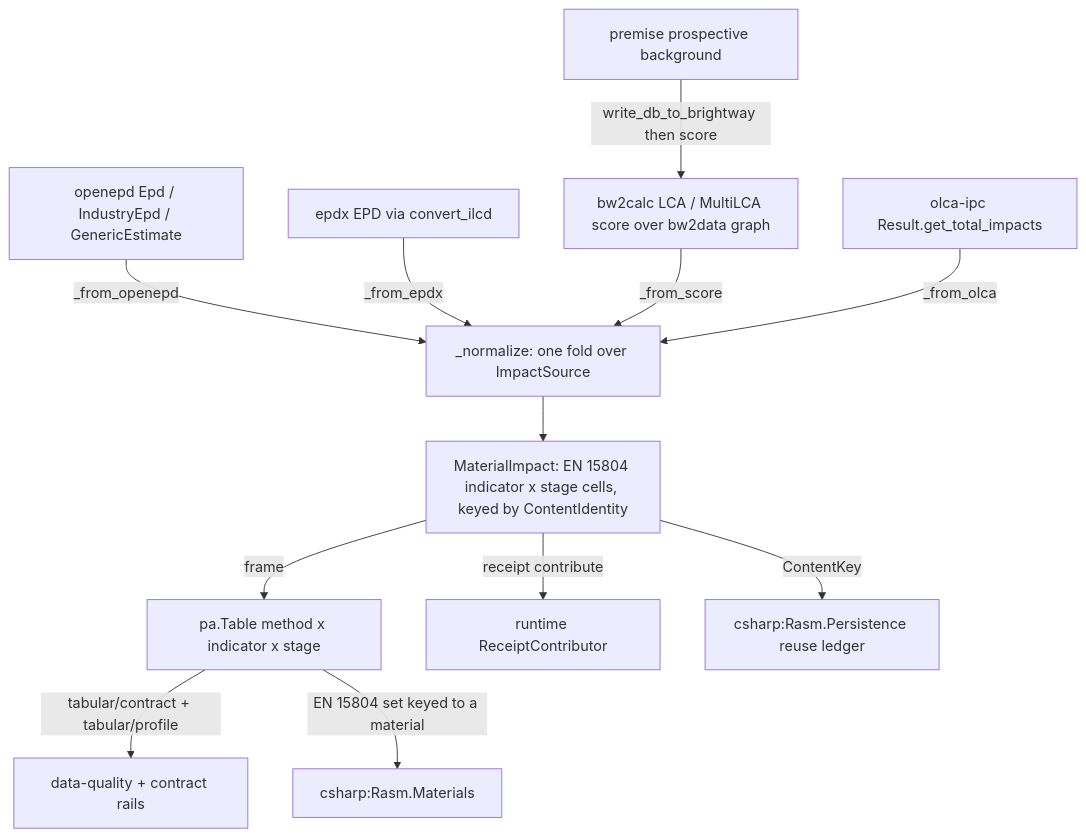
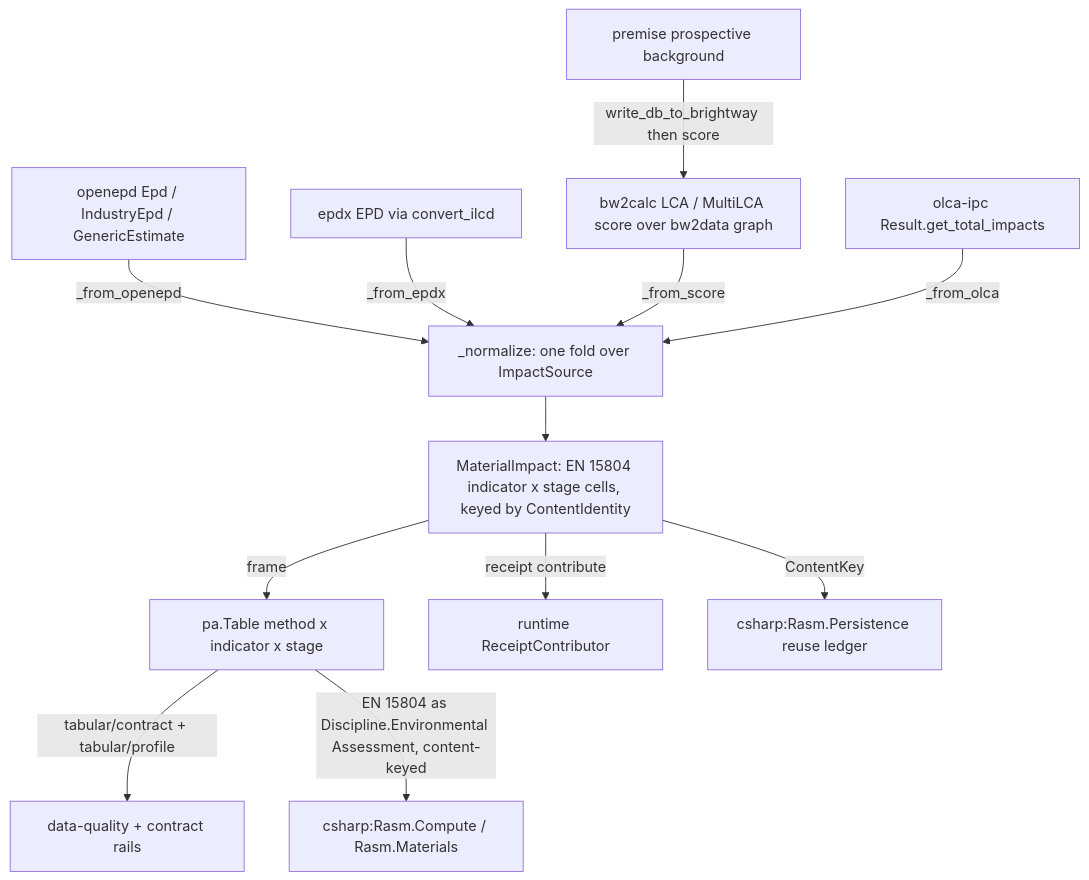
One commit to bsamiee/Rasm changed the diagram in libs/python/data/.planning/impact/impact.md. Above: the diagram before and after it, drawn with Mermaid. The commit also changed other lines of this file and 145 other files, not shown here.

First line of the commit message:
element-seam: build Rasm.Element + rebuild Bim/Materials/Persistence/Compute (WF-2 checkpoint)

````diff
--- a/libs/python/data/.planning/impact/impact.md
+++ b/libs/python/data/.planning/impact/impact.md
@@ -225,14 +229,14 @@
 ```mermaid
 flowchart TD
     oe["openepd Epd / IndustryEpd / GenericEstimate"] -->|_from_openepd| norm
     ix["epdx EPD via convert_ilcd"] -->|_from_epdx| norm
     bw["bw2calc LCA / MultiLCA score over bw2data graph"] -->|_from_score| norm
     ol["olca-ipc Result.get_total_impacts"] -->|_from_olca| norm
     pr["premise prospective background"] -->|write_db_to_brightway then score| bw
     norm["_normalize: one fold over ImpactSource"] --> cells["MaterialImpact: EN 15804 indicator x stage cells, keyed by ContentIdentity"]
     cells -->|frame| tbl["pa.Table method x indicator x stage"]
     tbl -->|tabular/contract + tabular/profile| q["data-quality + contract rails"]
-    tbl -->|EN 15804 set keyed to a material| mat["csharp:Rasm.Materials"]
+    tbl -->|EN 15804 as Discipline.Environmental Assessment, content-keyed| mat["csharp:Rasm.Compute / Rasm.Materials"]
     cells -->|receipt contribute| rcpt["runtime ReceiptContributor"]
     cells -->|ContentKey| ledger["csharp:Rasm.Persistence reuse ledger"]
 ```
````
